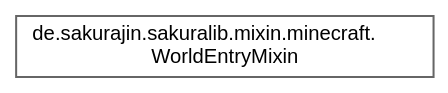
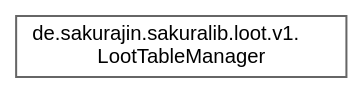
Before and after one commit to noah1510/sakura-lib: the diagram in inherit_graph_15.dot, drawn with Graphviz. The commit also changed 146 other files, not shown here.

```diff
--- a/inherit_graph_15.dot
+++ b/inherit_graph_15.dot
@@ -1,9 +1,9 @@
 digraph "Graphical Class Hierarchy"
 {
  // LATEX_PDF_SIZE
   bgcolor="transparent";
   edge [fontname=Helvetica,fontsize=10,labelfontname=Helvetica,labelfontsize=10];
   node [fontname=Helvetica,fontsize=10,shape=box,height=0.2,width=0.4];
   rankdir="LR";
-  Node0 [label="de.sakurajin.sakuralib.mixin.minecraft.\lWorldEntryMixin",height=0.2,width=0.4,color="grey40", fillcolor="white", style="filled",URL="$classde_1_1sakurajin_1_1sakuralib_1_1mixin_1_1minecraft_1_1WorldEntryMixin.html",tooltip=" "];
+  Node0 [label="de.sakurajin.sakuralib.loot.v1.\lLootTableManager",height=0.2,width=0.4,color="grey40", fillcolor="white", style="filled",URL="$classde_1_1sakurajin_1_1sakuralib_1_1loot_1_1v1_1_1LootTableManager.html",tooltip="This class is used to inject data into loot tables."];
 }
```
